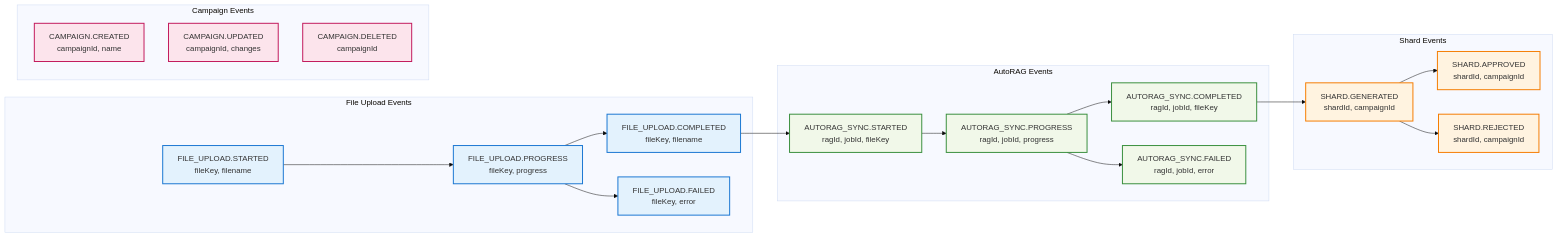
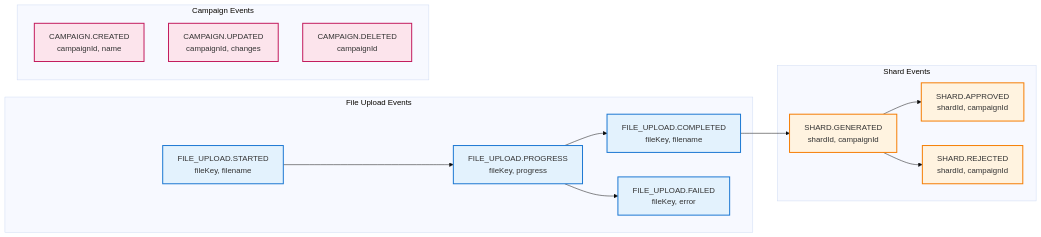
Before and after one commit to ofisk/loresmith-ai: the third of 5 diagrams in docs/EVENT_BUS_ARCHITECTURE.md, drawn with Mermaid (base theme). The commit also changed other lines of this file and 73 other files, not shown here.

First line of the commit message:
Remove AutoRAG system and replace with generic RAG implementation (#246)

````diff
--- a/docs/EVENT_BUS_ARCHITECTURE.md
+++ b/docs/EVENT_BUS_ARCHITECTURE.md
@@ -133,51 +116,39 @@
 ```mermaid
 graph LR
     subgraph "File Upload Events"
         FUS[FILE_UPLOAD.STARTED<br/>fileKey, filename]
         FUP[FILE_UPLOAD.PROGRESS<br/>fileKey, progress]
         FUC[FILE_UPLOAD.COMPLETED<br/>fileKey, filename]
         FUF[FILE_UPLOAD.FAILED<br/>fileKey, error]
     end
 
-    subgraph "AutoRAG Events"
-        ARS[AUTORAG_SYNC.STARTED<br/>ragId, jobId, fileKey]
-        ARP[AUTORAG_SYNC.PROGRESS<br/>ragId, jobId, progress]
-        ARC[AUTORAG_SYNC.COMPLETED<br/>ragId, jobId, fileKey]
-        ARF[AUTORAG_SYNC.FAILED<br/>ragId, jobId, error]
-    end
 
     subgraph "Campaign Events"
         CC[CAMPAIGN.CREATED<br/>campaignId, name]
         CU[CAMPAIGN.UPDATED<br/>campaignId, changes]
         CD[CAMPAIGN.DELETED<br/>campaignId]
     end
 
     subgraph "Shard Events"
         SG[SHARD.GENERATED<br/>shardId, campaignId]
         SA[SHARD.APPROVED<br/>shardId, campaignId]
         SR[SHARD.REJECTED<br/>shardId, campaignId]
     end
 
     %% Event flow connections
     FUS --> FUP
     FUP --> FUC
     FUP --> FUF
-    FUC --> ARS
-    ARS --> ARP
-    ARP --> ARC
-    ARP --> ARF
-    ARC --> SG
+    FUC --> SG
     SG --> SA
     SG --> SR
 
     %% Styling
     classDef fileEvent fill:#e3f2fd,stroke:#1976d2,stroke-width:2px
-    classDef autoragEvent fill:#f1f8e9,stroke:#388e3c,stroke-width:2px
     classDef campaignEvent fill:#fce4ec,stroke:#c2185b,stroke-width:2px
     classDef shardEvent fill:#fff3e0,stroke:#f57c00,stroke-width:2px
 
     class FUS,FUP,FUC,FUF fileEvent
-    class ARS,ARP,ARC,ARF autoragEvent
     class CC,CU,CD campaignEvent
     class SG,SA,SR shardEvent
 ```
````
